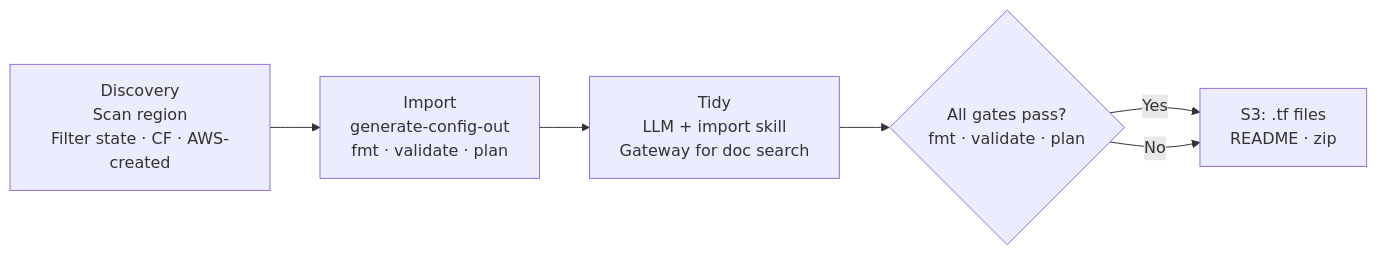
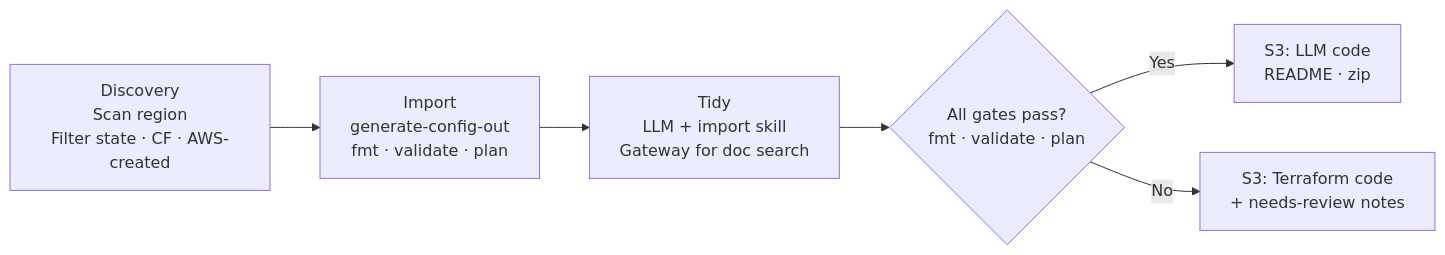
One commit to aquavis12/tfimport changed the diagram in docs/BLOG.md. Above: the diagram before and after it, drawn with Mermaid. The commit also changed other lines of this file, not shown here.

````diff
--- a/docs/BLOG.md
+++ b/docs/BLOG.md
@@ -25,8 +27,8 @@
 ```mermaid
 flowchart LR
     A[Discovery\nScan region\nFilter state · CF · AWS-created] --> B[Import\ngenerate-config-out\nfmt · validate · plan]
     B --> C[Tidy\nLLM + import skill\nGateway for doc search]
     C --> D{All gates pass?\nfmt · validate · plan}
-    D -->|Yes| E[S3: .tf files\nREADME · zip]
-    D -->|No| E
+    D -->|Yes| E[S3: LLM code\nREADME · zip]
+    D -->|No| F[S3: Terraform code\n+ needs-review notes]
 ```
````
